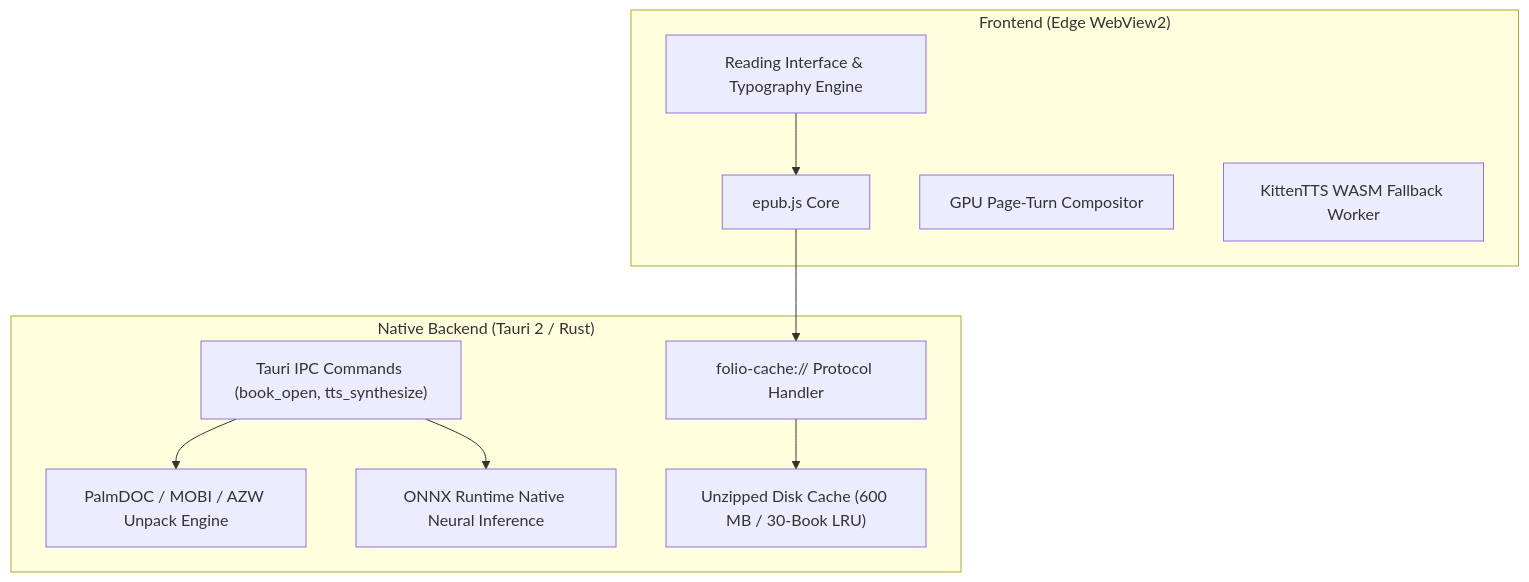
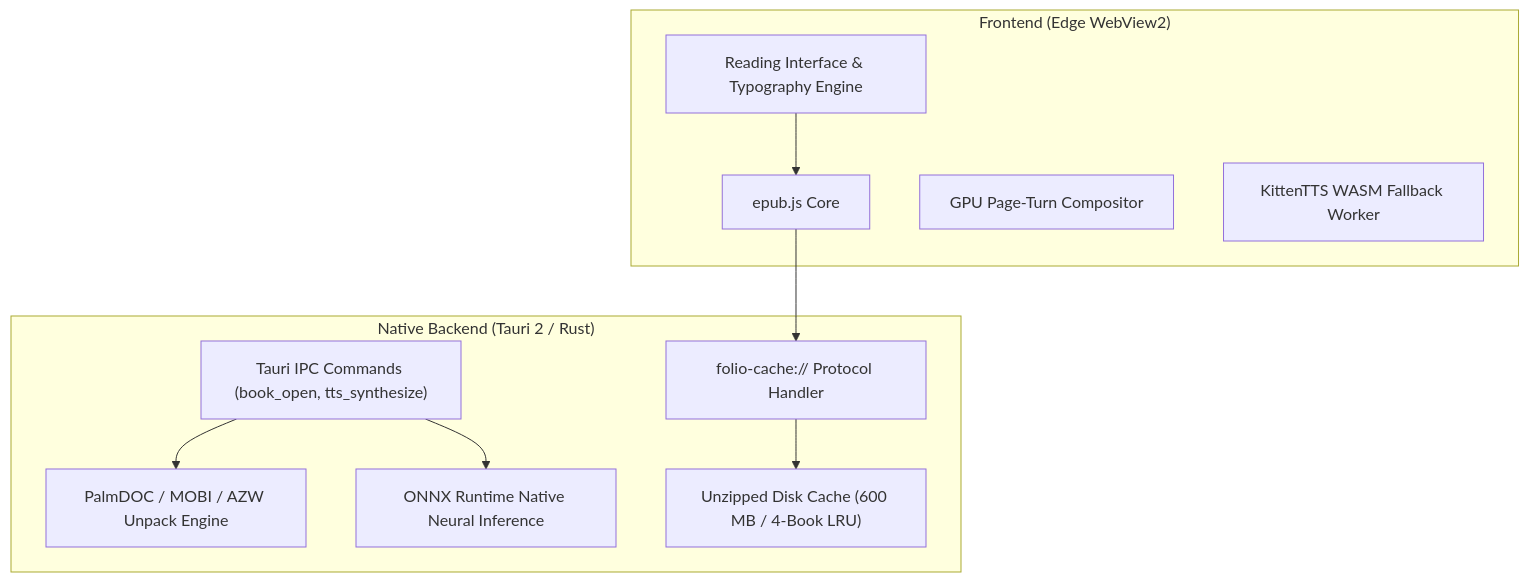
The diagram in README.md (rtshiva/folio_ebook_reader), drawn with Mermaid before and after one commit. The commit also changed other lines of this file and 18 other files, not shown here.

````diff
--- a/README.md
+++ b/README.md
@@ -59,23 +59,23 @@
 ```mermaid
 flowchart TD
     subgraph Frontend ["Frontend (Edge WebView2)"]
         UI["Reading Interface & Typography Engine"]
         Renderer["epub.js Core"]
         Turns["GPU Page-Turn Compositor"]
         TTSWorker["KittenTTS WASM Fallback Worker"]
     end
 
     subgraph Backend ["Native Backend (Tauri 2 / Rust)"]
         IPC["Tauri IPC Commands (book_open, tts_synthesize)"]
         CustomProto["folio-cache:// Protocol Handler"]
         MobiEngine["PalmDOC / MOBI / AZW Unpack Engine"]
         ORT["ONNX Runtime Native Neural Inference"]
-        DiskStore["Unzipped Disk Cache (600 MB / 30-Book LRU)"]
+        DiskStore["Unzipped Disk Cache (600 MB / 4-Book LRU)"]
     end
 
     UI --> Renderer
     Renderer --> CustomProto
     CustomProto --> DiskStore
     IPC --> MobiEngine
     IPC --> ORT
 ```
````
